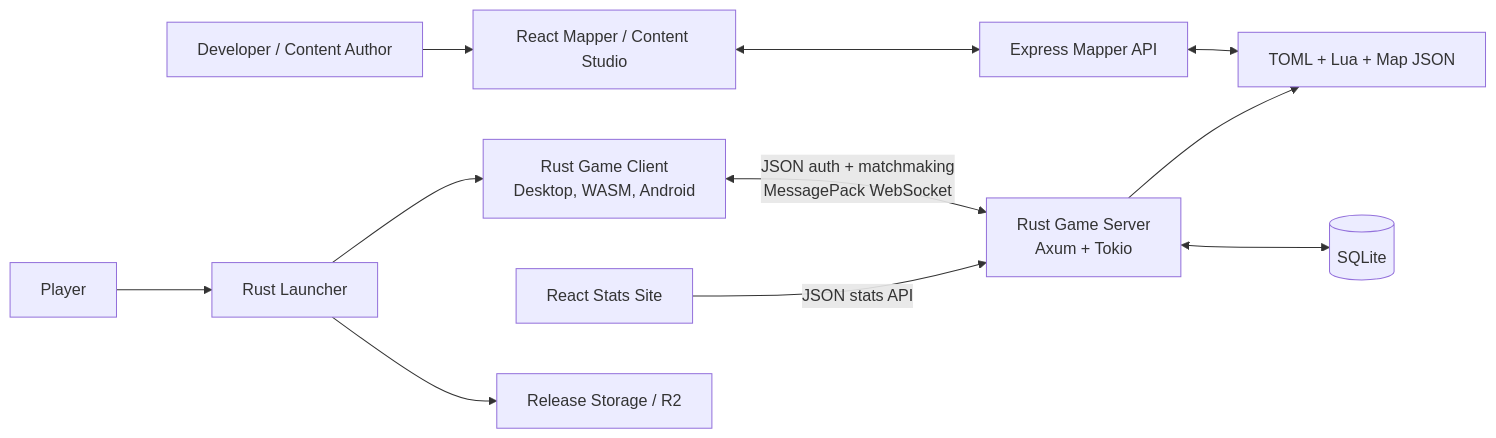
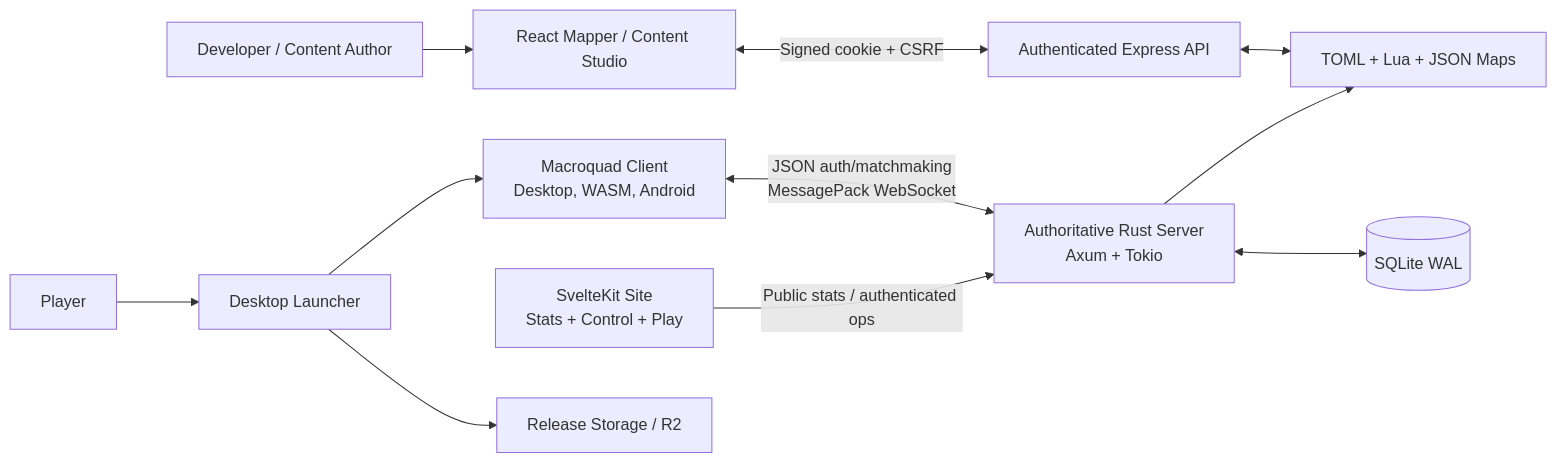
One commit to ironiamison/isometric-game changed the first of 3 diagrams in ARCHITECTURE.md. Above: the diagram before and after it, drawn with Mermaid. The commit also changed other lines of this file and 2 other files, not shown here.

````diff
--- a/ARCHITECTURE.md
+++ b/ARCHITECTURE.md
@@ -26,25 +23,25 @@
 ```mermaid
 flowchart LR
-    P["Player"]
-    D["Developer / Content Author"]
-    C["Rust Game Client<br/>Desktop, WASM, Android"]
-    L["Rust Launcher"]
-    S["Rust Game Server<br/>Axum + Tokio"]
-    DB[("SQLite")]
-    DATA["TOML + Lua + Map JSON"]
-    M["React Mapper / Content Studio"]
-    MA["Express Mapper API"]
-    ST["React Stats Site"]
-    R2["Release Storage / R2"]
+    Player["Player"]
+    Author["Developer / Content Author"]
+    Client["Macroquad Client<br/>Desktop, WASM, Android"]
+    Launcher["Desktop Launcher"]
+    Server["Authoritative Rust Server<br/>Axum + Tokio"]
+    DB[("SQLite WAL")]
+    Content["TOML + Lua + JSON Maps"]
+    Mapper["React Mapper / Content Studio"]
+    MapperAPI["Authenticated Express API"]
+    Site["SvelteKit Site<br/>Stats + Control + Play"]
+    Storage["Release Storage / R2"]
 
-    P --> L
-    L --> R2
-    L --> C
-    C <-->|"JSON auth + matchmaking<br/>MessagePack WebSocket"| S
-    S <--> DB
-    S --> DATA
-    ST -->|"JSON stats API"| S
-    D --> M
-    M <--> MA
-    MA <--> DATA
+    Player --> Launcher
+    Launcher --> Storage
+    Launcher --> Client
+    Client <-->|"JSON auth/matchmaking<br/>MessagePack WebSocket"| Server
+    Server <--> DB
+    Server --> Content
+    Site -->|"Public stats / authenticated ops"| Server
+    Author --> Mapper
+    Mapper <-->|"Signed cookie + CSRF"| MapperAPI
+    MapperAPI <--> Content
 ```
````
